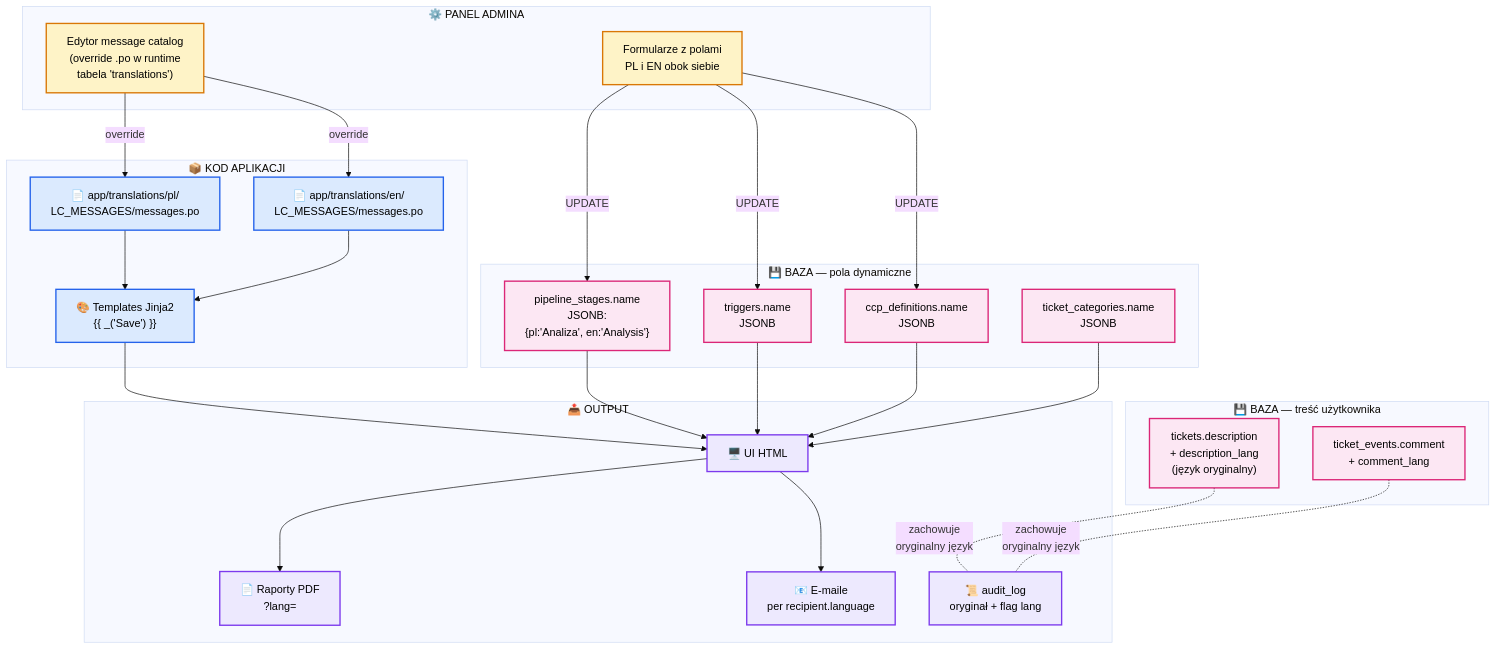
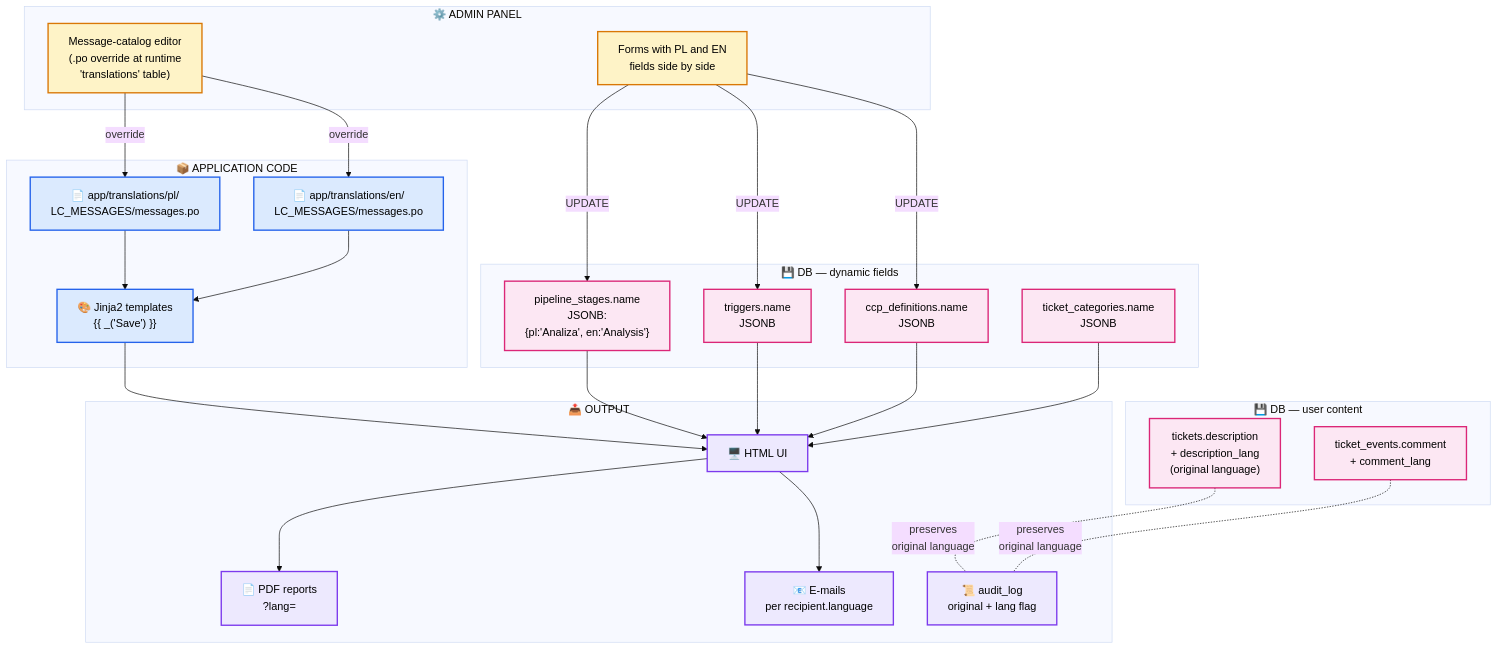
Before and after one commit to AmigoUK/qms-bakery: the tenth of 10 diagrams in 02-diagramy-architektury.md, drawn with Mermaid (base theme). The commit also changed other lines of this file and 1 other file, not shown here.

First line of the commit message:
Translate architecture docs (01-, 02-) from Polish to English

````diff
--- a/02-diagramy-architektury.md
+++ b/02-diagramy-architektury.md
@@ -592,63 +592,63 @@
 ```mermaid
 graph TB
-    subgraph CODE["📦 KOD APLIKACJI"]
+    subgraph CODE["📦 APPLICATION CODE"]
         PO_PL["📄 app/translations/pl/<br/>LC_MESSAGES/messages.po"]
         PO_EN["📄 app/translations/en/<br/>LC_MESSAGES/messages.po"]
-        TPL["🎨 Templates Jinja2<br/>{{ _('Save') }}"]
+        TPL["🎨 Jinja2 templates<br/>{{ _('Save') }}"]
     end
 
-    subgraph DB_T["💾 BAZA — pola dynamiczne"]
+    subgraph DB_T["💾 DB — dynamic fields"]
         PIPE_NAME["pipeline_stages.name<br/>JSONB:<br/>{pl:'Analiza', en:'Analysis'}"]
         TRIG_NAME["triggers.name<br/>JSONB"]
         CCP_NAME["ccp_definitions.name<br/>JSONB"]
         CAT_NAME["ticket_categories.name<br/>JSONB"]
     end
 
-    subgraph DB_T2["💾 BAZA — treść użytkownika"]
-        TICKET["tickets.description<br/>+ description_lang<br/>(język oryginalny)"]
+    subgraph DB_T2["💾 DB — user content"]
+        TICKET["tickets.description<br/>+ description_lang<br/>(original language)"]
         COMMENT["ticket_events.comment<br/>+ comment_lang"]
     end
 
-    subgraph ADMIN["⚙️ PANEL ADMINA"]
-        EDIT_STATIC["Edytor message catalog<br/>(override .po w runtime<br/>tabela 'translations')"]
-        EDIT_DYN["Formularze z polami<br/>PL i EN obok siebie"]
+    subgraph ADMIN["⚙️ ADMIN PANEL"]
+        EDIT_STATIC["Message-catalog editor<br/>(.po override at runtime<br/>'translations' table)"]
+        EDIT_DYN["Forms with PL and EN<br/>fields side by side"]
     end
 
     subgraph OUT["📤 OUTPUT"]
-        UI["🖥️ UI HTML"]
-        PDF["📄 Raporty PDF<br/>?lang=<code>"]
-        EMAIL["📧 E-maile<br/>per recipient.language"]
-        AUDIT["📜 audit_log<br/>oryginał + flag lang"]
+        UI["🖥️ HTML UI"]
+        PDF["📄 PDF reports<br/>?lang=<code>"]
+        EMAIL["📧 E-mails<br/>per recipient.language"]
+        AUDIT["📜 audit_log<br/>original + lang flag"]
     end
 
     PO_PL --> TPL
     PO_EN --> TPL
     TPL --> UI
 
     PIPE_NAME --> UI
     TRIG_NAME --> UI
     CCP_NAME --> UI
     CAT_NAME --> UI
 
-    TICKET -.zachowuje<br/>oryginalny język.- AUDIT
-    COMMENT -.zachowuje<br/>oryginalny język.- AUDIT
+    TICKET -.preserves<br/>original language.- AUDIT
+    COMMENT -.preserves<br/>original language.- AUDIT
 
     EDIT_STATIC -->|override| PO_PL
     EDIT_STATIC -->|override| PO_EN
     EDIT_DYN -->|UPDATE| PIPE_NAME
     EDIT_DYN -->|UPDATE| TRIG_NAME
     EDIT_DYN -->|UPDATE| CCP_NAME
 
     UI --> PDF
     UI --> EMAIL
 
     classDef code fill:#dbeafe,stroke:#2563eb,stroke-width:2px,color:#000
     classDef db fill:#fce7f3,stroke:#db2777,stroke-width:2px,color:#000
     classDef admin fill:#fef3c7,stroke:#d97706,stroke-width:2px,color:#000
     classDef out fill:#ede9fe,stroke:#7c3aed,stroke-width:2px,color:#000
 
     class PO_PL,PO_EN,TPL code
     class PIPE_NAME,TRIG_NAME,CCP_NAME,CAT_NAME,TICKET,COMMENT db
     class EDIT_STATIC,EDIT_DYN admin
     class UI,PDF,EMAIL,AUDIT out
 ```
````
